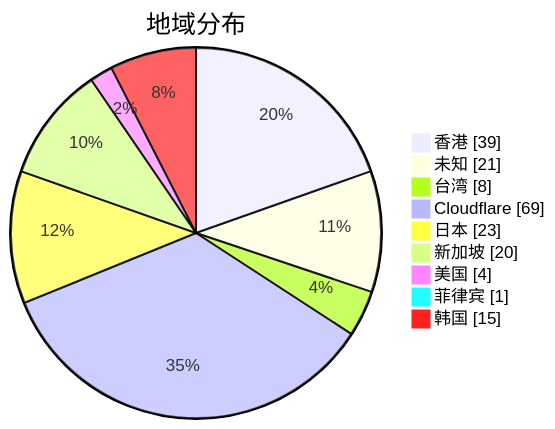
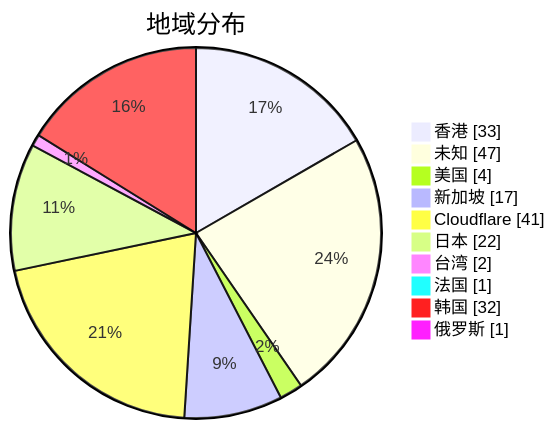
Before and after one commit to qjlxg/airport: the second of 3 diagrams in subs/statistics/tested_within.md, drawn with Mermaid. The commit also changed other lines of this file and 2 other files, not shown here.

````diff
--- a/subs/statistics/tested_within.md
+++ b/subs/statistics/tested_within.md
@@ -12,13 +12,14 @@
 ```mermaid
 pie showData
 title 地域分布
-"香港" : 39
-"未知" : 21
-"台湾" : 8
-"Cloudflare" : 69
-"日本" : 23
-"新加坡" : 20
+"香港" : 33
+"未知" : 47
 "美国" : 4
-"菲律宾" : 1
-"韩国" : 15
+"新加坡" : 17
+"Cloudflare" : 41
+"日本" : 22
+"台湾" : 2
+"法国" : 1
+"韩国" : 32
+"俄罗斯" : 1
 ```
````
